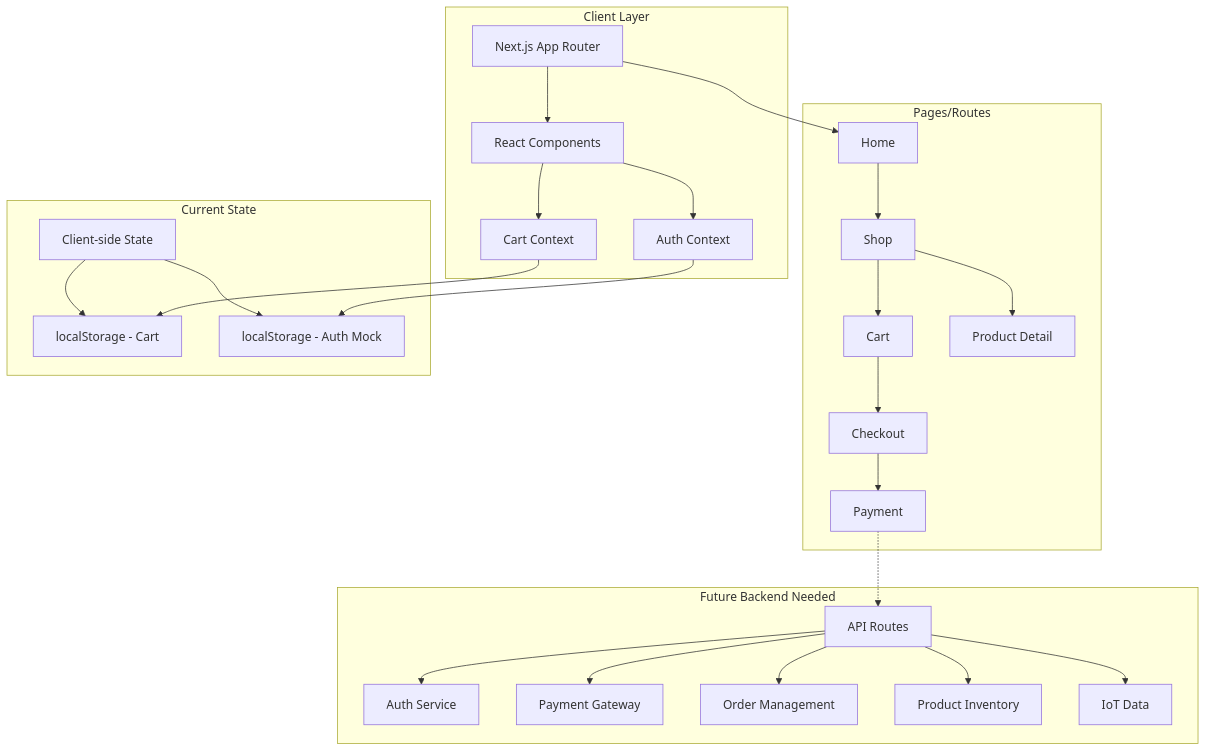
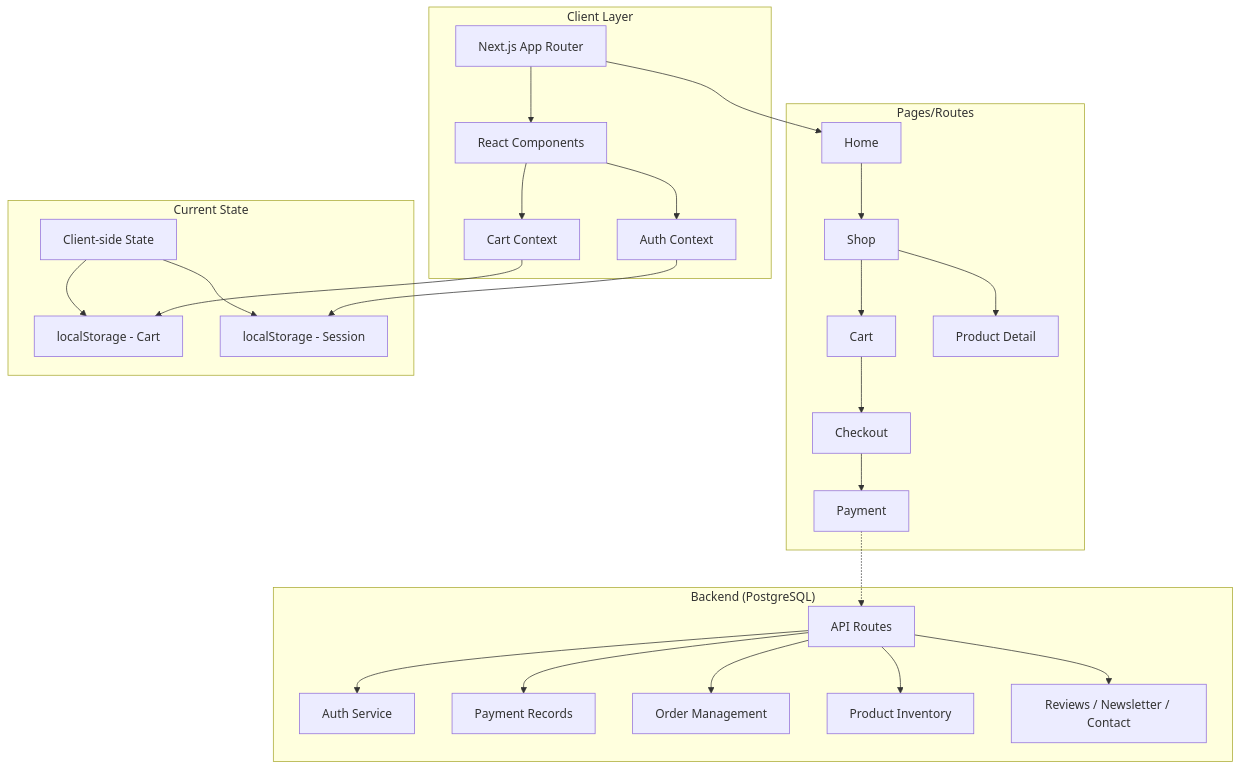
The first of 2 diagrams in README.md (JHUB-AFRICA/mush-ai-web), drawn with Mermaid before and after one commit. The commit also changed other lines of this file and 7 other files, not shown here.

Commit message:
feat(checkout): wire checkout flow to order API and connect contact/newsletter forms

````diff
--- a/README.md
+++ b/README.md
@@ -37,34 +39,34 @@
 ```mermaid
 graph TB
     subgraph "Client Layer"
         A[Next.js App Router] --> B[React Components]
         B --> C[Cart Context]
         B --> D[Auth Context]
     end
 
     subgraph "Pages/Routes"
         E[Home] --> F[Shop]
         F --> G[Cart]
         G --> H[Checkout]
         H --> I[Payment]
         F --> J[Product Detail]
     end
 
     subgraph "Current State"
         K[Client-side State] --> L[localStorage - Cart]
-        K --> M[localStorage - Auth Mock]
+        K --> M[localStorage - Session]
     end
 
-    subgraph "Future Backend Needed"
+    subgraph "Backend (PostgreSQL)"
         N[API Routes] --> O[Auth Service]
-        N --> P[Payment Gateway]
+        N --> P[Payment Records]
         N --> Q[Order Management]
         N --> R[Product Inventory]
-        N --> S[IoT Data]
+        N --> S[Reviews / Newsletter / Contact]
     end
 
     A --> E
     C --> L
     D --> M
     I -.-> N
 ```
````
